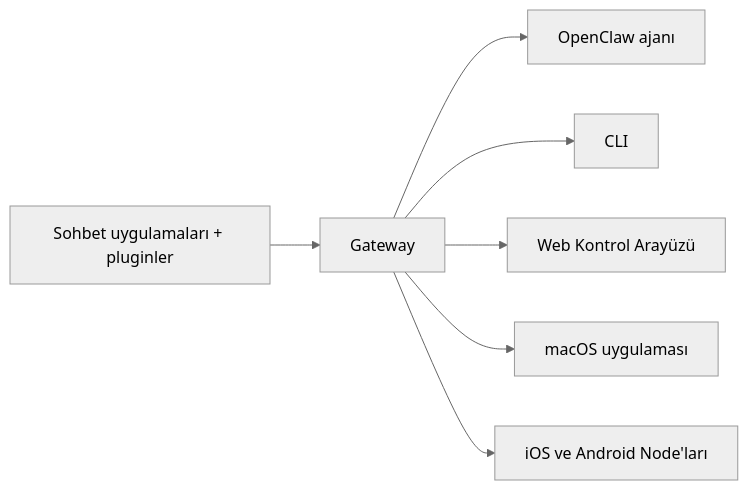
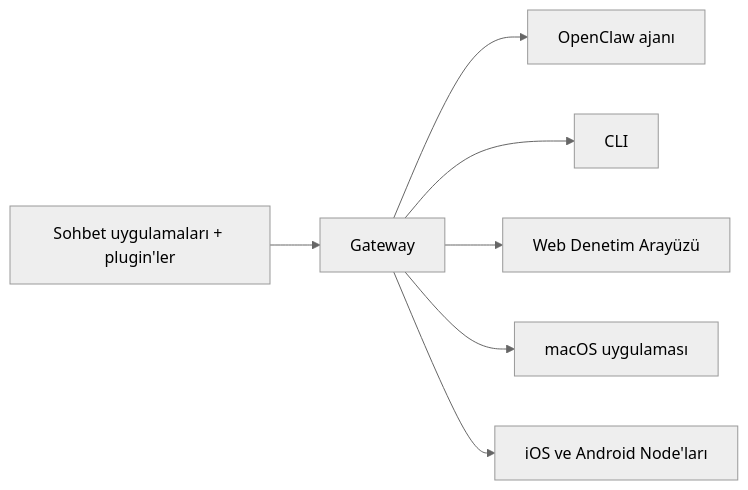
One commit to is0383kk/ai-docs-sync-workflow changed the diagram in openclaw-docs/tr/index.md. Above: the diagram before and after it, drawn with Mermaid (neutral theme). The commit also changed other lines of this file and 11096 other files, not shown here.

````diff
--- a/openclaw-docs/tr/index.md
+++ b/openclaw-docs/tr/index.md
@@ -112,9 +115,9 @@
 ```mermaid
 flowchart LR
-  A["Sohbet uygulamaları + pluginler"] --> B["Gateway"]
+  A["Sohbet uygulamaları + plugin'ler"] --> B["Gateway"]
   B --> C["OpenClaw ajanı"]
   B --> D["CLI"]
-  B --> E["Web Kontrol Arayüzü"]
+  B --> E["Web Denetim Arayüzü"]
   B --> F["macOS uygulaması"]
   B --> G["iOS ve Android Node'ları"]
 ```
````
